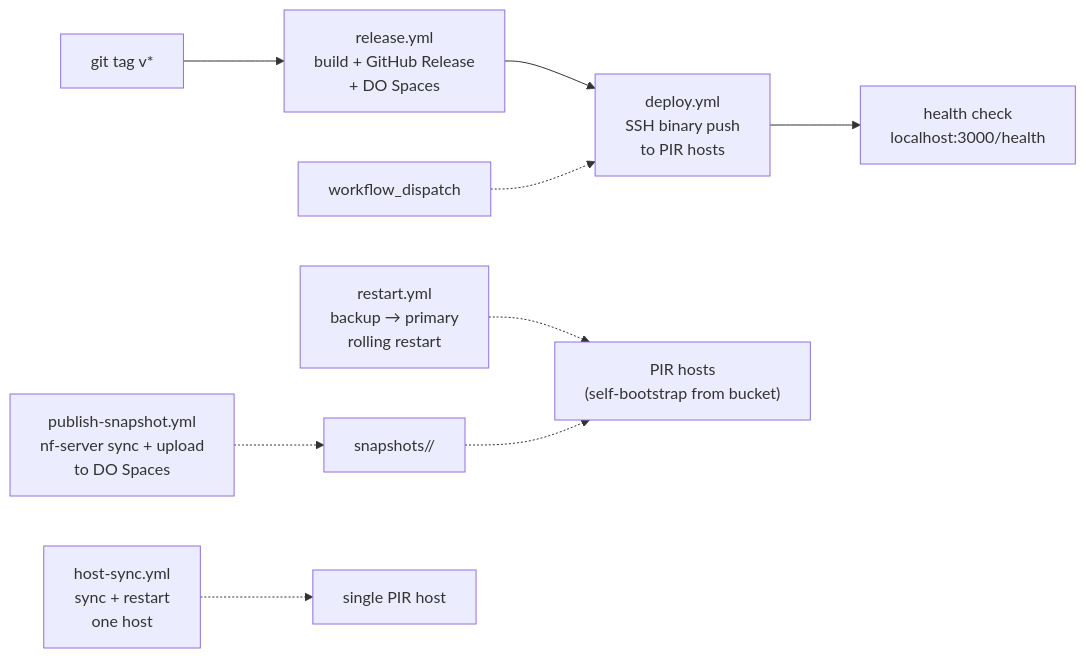
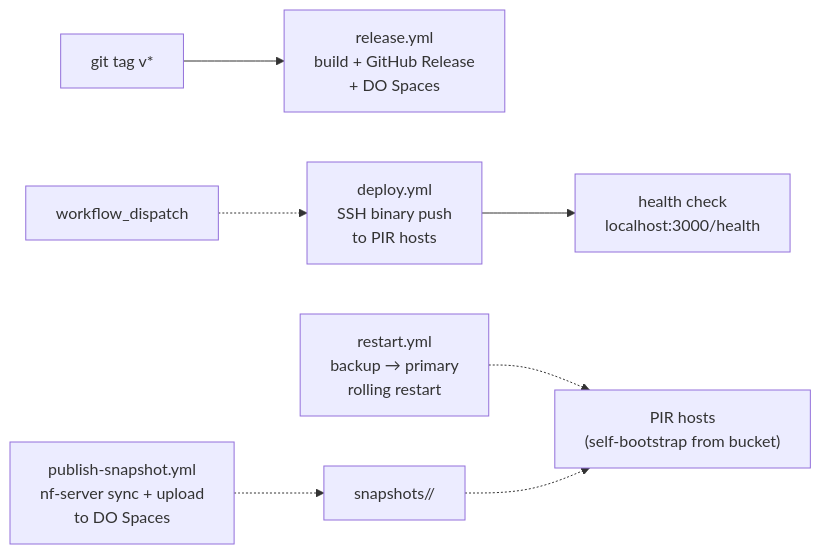
The diagram in docs/runbooks/ci-setup.md (valargroup/vote-nullifier-pir), drawn with Mermaid before and after one commit. The commit also changed other lines of this file and 1 other file, not shown here.

First line of the commit message:
Keep PIR snapshot publishing on the global prefix

````diff
--- a/docs/runbooks/ci-setup.md
+++ b/docs/runbooks/ci-setup.md
@@ -190,11 +190,9 @@
 ```mermaid
 flowchart LR
     tag["git tag v*"] --> release["release.yml\nbuild + GitHub Release\n+ DO Spaces"]
-    release --> deploy["deploy.yml\nSSH binary push\nto PIR hosts"]
+    manual["workflow_dispatch"] -.-> deploy["deploy.yml\nSSH binary push\nto PIR hosts"]
     deploy --> health["health check\nlocalhost:3000/health"]
-    manual["workflow_dispatch"] -.-> deploy
     publish["publish-snapshot.yml\nnf-server sync + upload\nto DO Spaces"] -.-> bucket["snapshots/<height>/"]
     restart["restart.yml\nbackup → primary\nrolling restart"] -.-> pirHosts["PIR hosts\n(self-bootstrap from bucket)"]
     bucket -.-> pirHosts
-    hostSync["host-sync.yml\nsync + restart\none host"] -.-> pirHost["single PIR host"]
 ```
````
